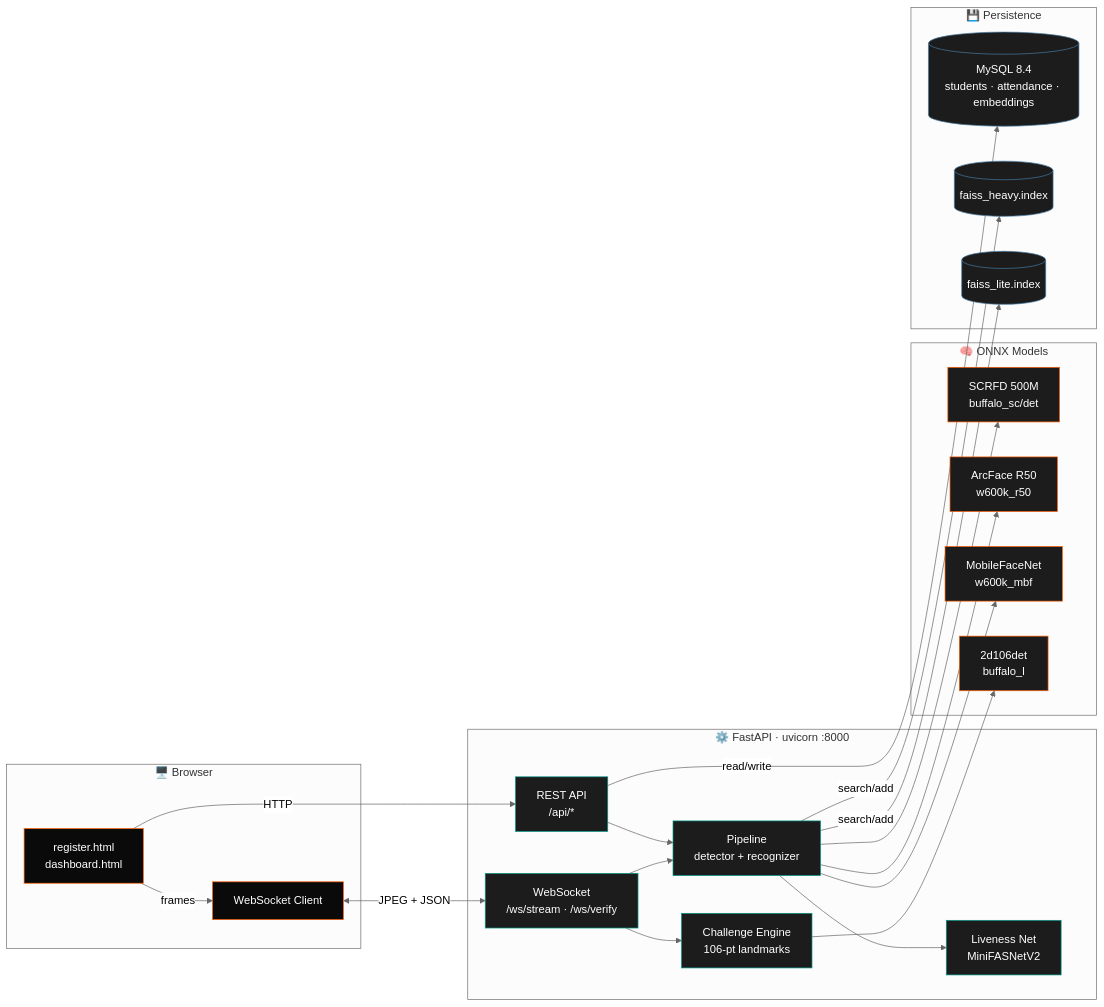
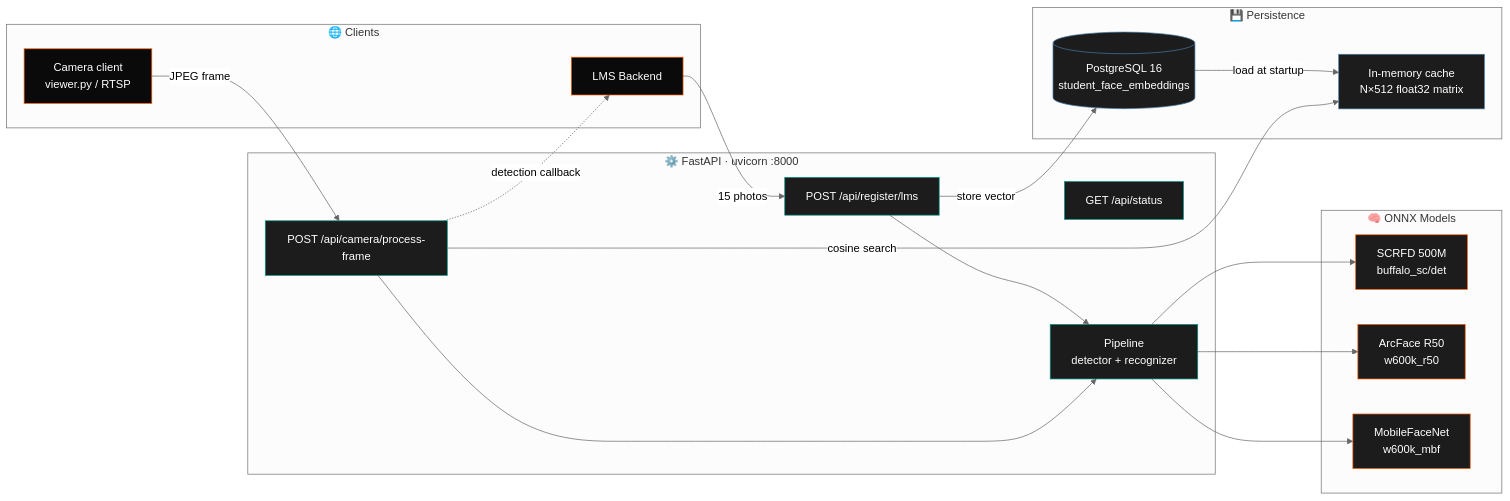
Before and after one commit to AI-SATA-Technologies/AI-Pipeline-Engineer: the first of 4 diagrams in README.md, drawn with Mermaid (neutral theme). The commit also changed other lines of this file, not shown here.

First line of the commit message:
docs: rewrite README to match current LMS-only API backend

````diff
--- a/README.md
+++ b/README.md
@@ -76,52 +86,46 @@
 ```mermaid
 flowchart LR
-    subgraph CLIENT["🖥️  Browser"]
-        UI[register.html<br/>dashboard.html]
-        WS_C[WebSocket Client]
+    subgraph CLIENTS["🌐  Clients"]
+        LMS_C[LMS Backend]
+        CAM[Camera client<br/>viewer.py / RTSP]
     end
 
     subgraph SERVER["⚙️  FastAPI · uvicorn :8000"]
-        API[REST API<br/>/api/*]
-        WS_S[WebSocket<br/>/ws/stream · /ws/verify]
+        REG[POST /api/register/lms]
+        FRAME[POST /api/camera/process-frame]
+        STAT[GET /api/status]
         PIPE[Pipeline<br/>detector + recognizer]
-        CHAL[Challenge Engine<br/>106-pt landmarks]
-        LIVE[Liveness Net<br/>MiniFASNetV2]
     end
 
     subgraph MODELS["🧠  ONNX Models"]
         DET[SCRFD 500M<br/>buffalo_sc/det]
         REC_H[ArcFace R50<br/>w600k_r50]
         REC_L[MobileFaceNet<br/>w600k_mbf]
-        LM[2d106det<br/>buffalo_l]
     end
 
     subgraph STORE["💾  Persistence"]
-        MYSQL[(MySQL 8.4<br/>students · attendance · embeddings)]
-        FAISS_H[(faiss_heavy.index)]
-        FAISS_L[(faiss_lite.index)]
+        PG[(PostgreSQL 16<br/>student_face_embeddings)]
+        CACHE[In-memory cache<br/>N×512 float32 matrix]
     end
 
-    UI -->|HTTP| API
-    UI -->|frames| WS_C
-    WS_C <-->|JPEG + JSON| WS_S
-    API --> PIPE
-    WS_S --> PIPE
-    WS_S --> CHAL
+    LMS_C -->|15 photos| REG
+    CAM   -->|JPEG frame| FRAME
+    REG --> PIPE
+    FRAME --> PIPE
     PIPE --> DET
     PIPE --> REC_H
     PIPE --> REC_L
-    CHAL --> LM
-    PIPE --> LIVE
-    PIPE -->|search/add| FAISS_H
-    PIPE -->|search/add| FAISS_L
-    API -->|read/write| MYSQL
+    REG -->|store vector| PG
+    PG -->|load at startup| CACHE
+    FRAME -->|cosine search| CACHE
+    FRAME -.->|detection callback| LMS_C
 
     classDef client fill:#0a0a0a,stroke:#ff5c00,color:#fff
     classDef server fill:#1c1c1c,stroke:#009688,color:#fff
     classDef model  fill:#1c1c1c,stroke:#ff5c00,color:#fff
     classDef store  fill:#1c1c1c,stroke:#4479a1,color:#fff
-    class UI,WS_C client
-    class API,WS_S,PIPE,CHAL,LIVE server
-    class DET,REC_H,REC_L,LM model
-    class MYSQL,FAISS_H,FAISS_L store
+    class LMS_C,CAM client
+    class REG,FRAME,STAT,PIPE server
+    class DET,REC_H,REC_L model
+    class PG,CACHE store
 ```
````
